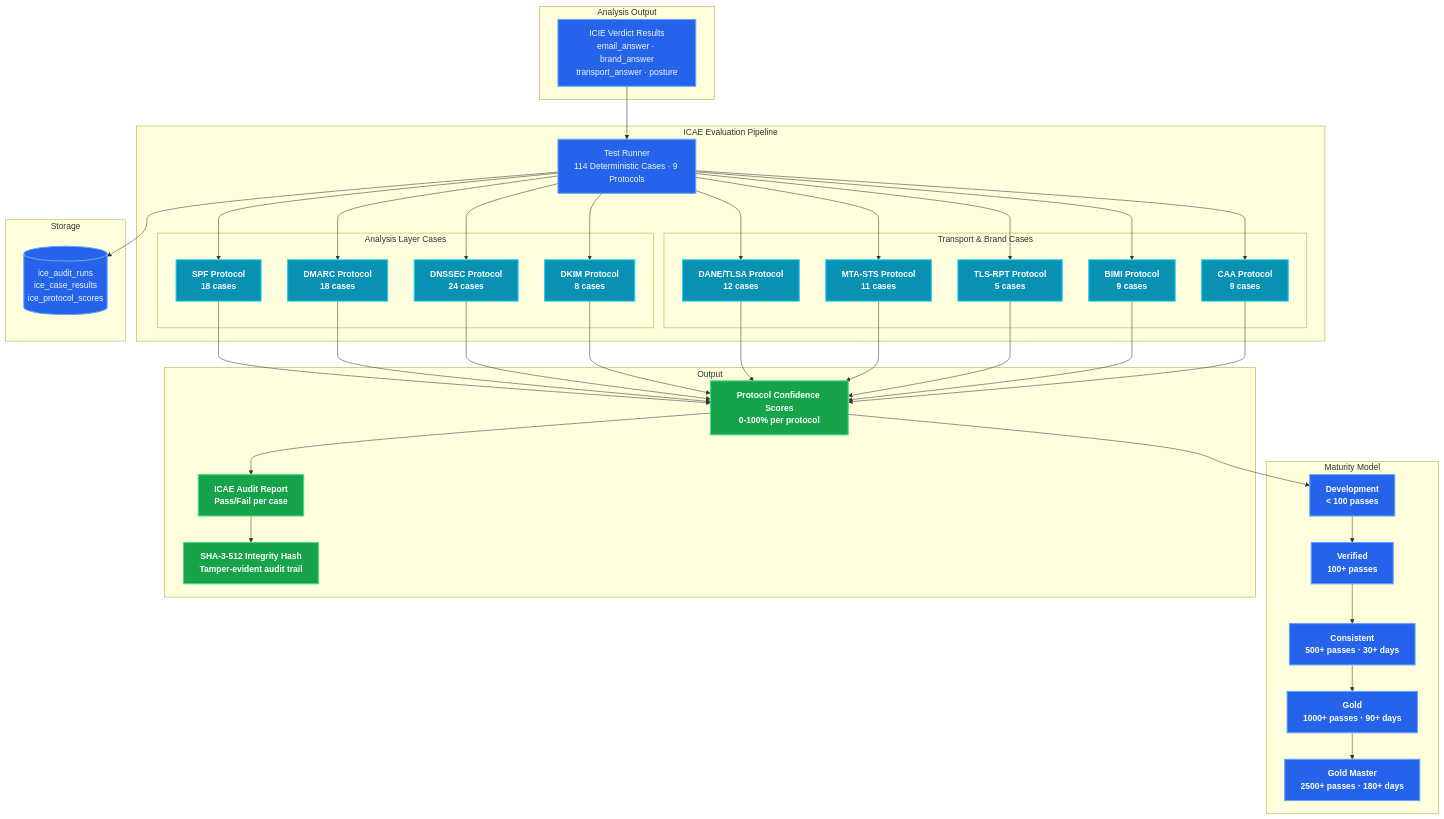
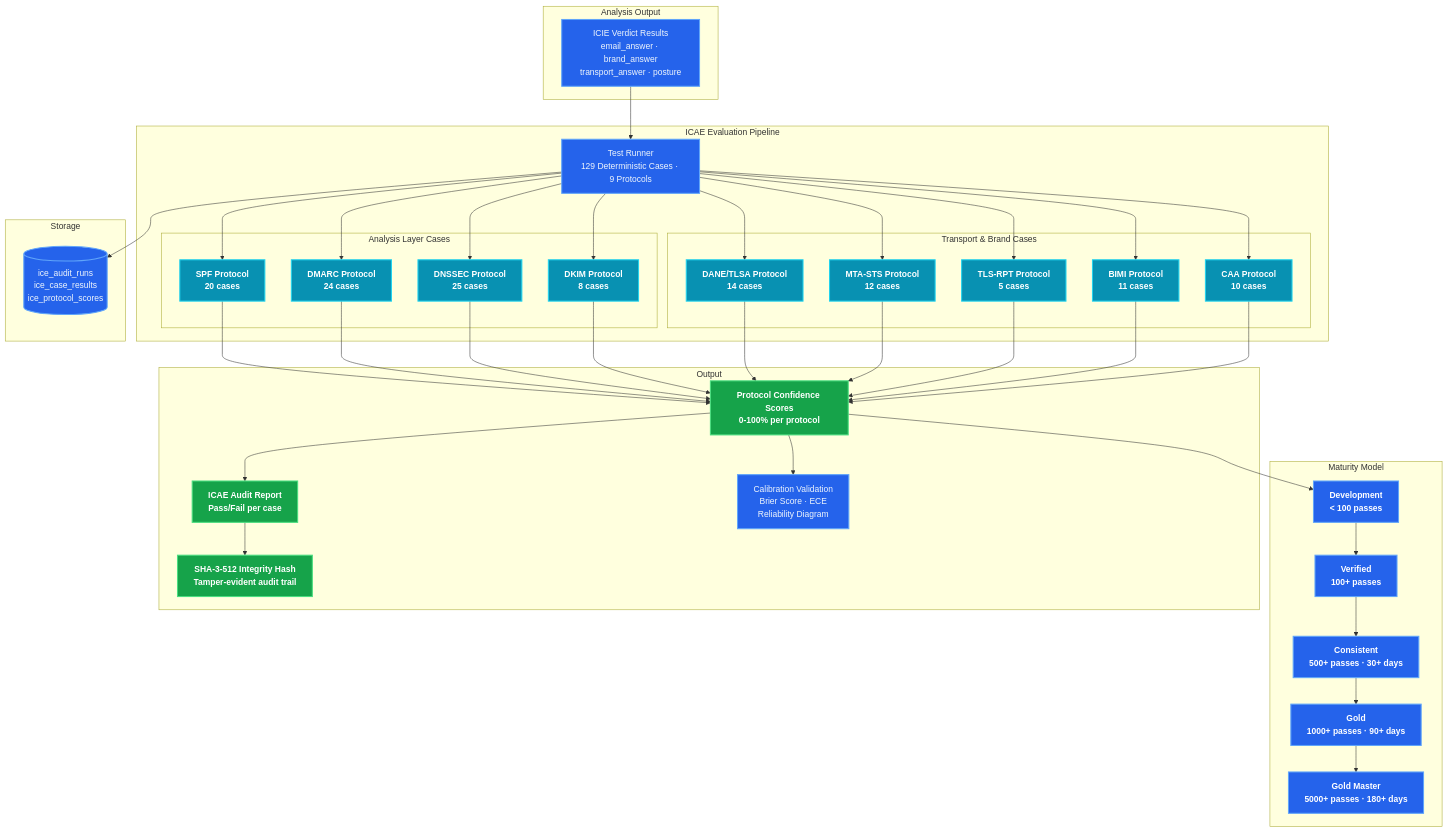
One commit to IT-Help-San-Diego/off-site-backup changed the third of 11 diagrams in docs/architecture/SYSTEM_ARCHITECTURE.md. Above: the diagram before and after it, drawn with Mermaid. The commit also changed other lines of this file and 718 other files, not shown here.

````diff
--- a/docs/architecture/SYSTEM_ARCHITECTURE.md
+++ b/docs/architecture/SYSTEM_ARCHITECTURE.md
@@ -175,62 +175,64 @@
 ```mermaid
 graph TB
     subgraph "Analysis Output"
         Verdicts["ICIE Verdict Results<br/>email_answer · brand_answer<br/>transport_answer · posture"]
     end
 
     subgraph "ICAE Evaluation Pipeline"
-        Runner["Test Runner<br/>114 Deterministic Cases · 9 Protocols"]
+        Runner["Test Runner<br/>129 Deterministic Cases · 9 Protocols"]
         
         subgraph "Analysis Layer Cases"
-            SPFCases["SPF Protocol<br/>18 cases"]
-            DMARCCases["DMARC Protocol<br/>18 cases"]
-            DNSSECCases["DNSSEC Protocol<br/>24 cases"]
+            SPFCases["SPF Protocol<br/>20 cases"]
+            DMARCCases["DMARC Protocol<br/>24 cases"]
+            DNSSECCases["DNSSEC Protocol<br/>25 cases"]
             DKIMCases["DKIM Protocol<br/>8 cases"]
         end
 
         subgraph "Transport & Brand Cases"
-            DANECases["DANE/TLSA Protocol<br/>12 cases"]
-            MTASTSCases["MTA-STS Protocol<br/>11 cases"]
+            DANECases["DANE/TLSA Protocol<br/>14 cases"]
+            MTASTSCases["MTA-STS Protocol<br/>12 cases"]
             TLSRPTCases["TLS-RPT Protocol<br/>5 cases"]
-            BIMICases["BIMI Protocol<br/>9 cases"]
-            CAACases["CAA Protocol<br/>9 cases"]
+            BIMICases["BIMI Protocol<br/>11 cases"]
+            CAACases["CAA Protocol<br/>10 cases"]
         end
     end
 
     subgraph "Maturity Model"
         Dev["Development<br/>< 100 passes"]
         Verified["Verified<br/>100+ passes"]
         Consistent["Consistent<br/>500+ passes · 30+ days"]
         Gold["Gold<br/>1000+ passes · 90+ days"]
-        Master["Gold Master<br/>2500+ passes · 180+ days"]
+        Master["Gold Master<br/>5000+ passes · 180+ days"]
     end
 
     subgraph "Storage"
         DB[("ice_audit_runs<br/>ice_case_results<br/>ice_protocol_scores")]
     end
 
     subgraph "Output"
         Scores["Protocol Confidence Scores<br/>0-100% per protocol"]
         Report["ICAE Audit Report<br/>Pass/Fail per case"]
+        Calibration["Calibration Validation<br/>Brier Score · ECE<br/>Reliability Diagram"]
         Hash["SHA-3-512 Integrity Hash<br/>Tamper-evident audit trail"]
     end
 
     Verdicts --> Runner
     Runner --> SPFCases & DMARCCases & DNSSECCases & DKIMCases
     Runner --> DANECases & MTASTSCases & TLSRPTCases & BIMICases & CAACases
     SPFCases & DMARCCases & DNSSECCases & DKIMCases --> Scores
     DANECases & MTASTSCases & TLSRPTCases & BIMICases & CAACases --> Scores
     Scores --> Dev --> Verified --> Consistent --> Gold --> Master
     Runner --> DB
     Scores --> Report
+    Scores --> Calibration
     Report --> Hash
 
     classDef default fill:#2563eb,stroke:#60a5fa,stroke-width:2px,color:#f0f6fc
     classDef maturity fill:#2563eb,stroke:#60a5fa,stroke-width:2px,color:#fff,font-weight:bold
     classDef cases fill:#0891b2,stroke:#22d3ee,stroke-width:2px,color:#fff,font-weight:bold
     classDef output fill:#16a34a,stroke:#4ade80,stroke-width:2px,color:#fff,font-weight:bold
     class Dev,Verified,Consistent,Gold,Master maturity
     class SPFCases,DMARCCases,DNSSECCases,DKIMCases cases
     class DANECases,MTASTSCases,TLSRPTCases,BIMICases,CAACases cases
     class Scores,Report,Hash output
 ```
````
